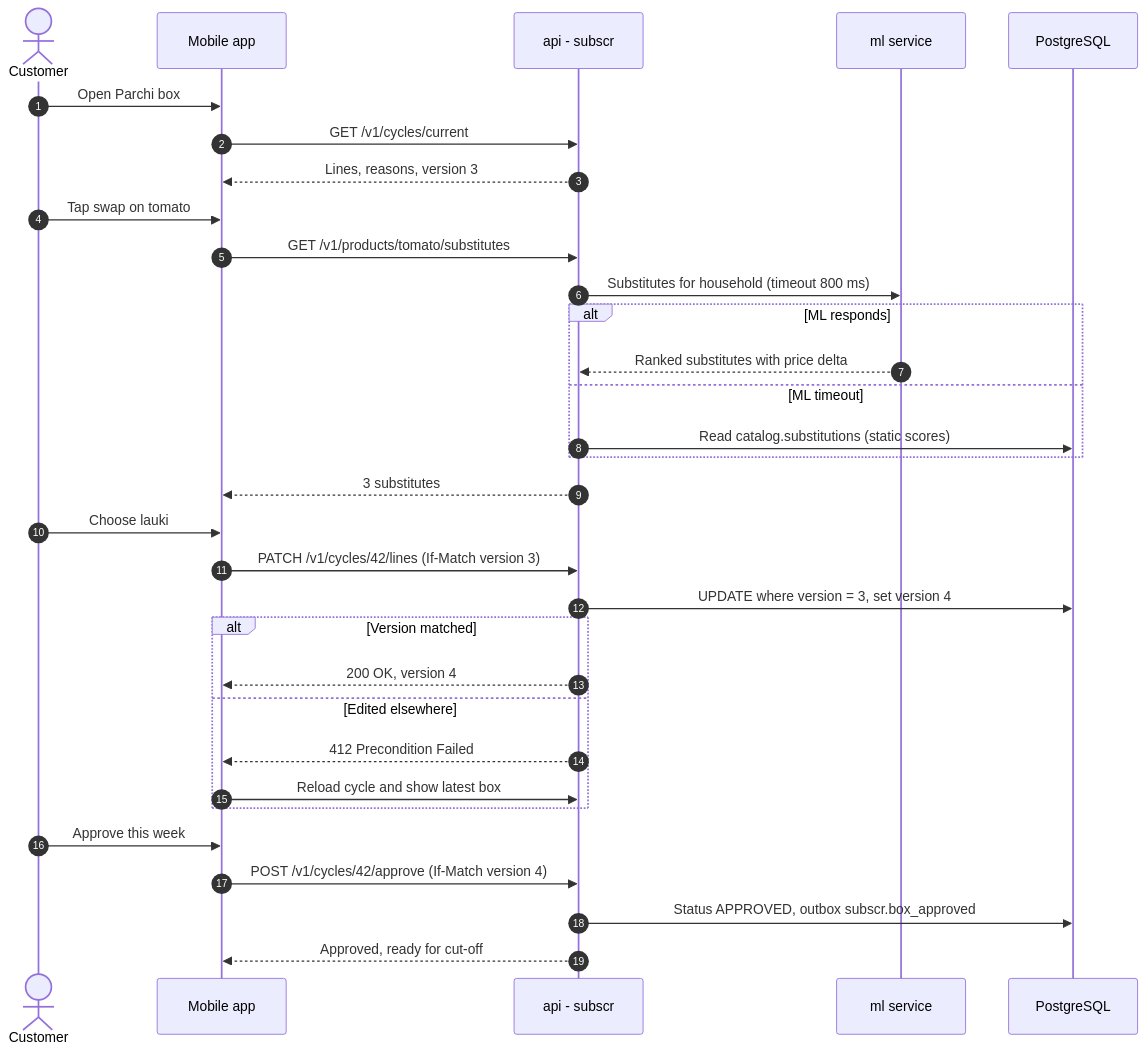
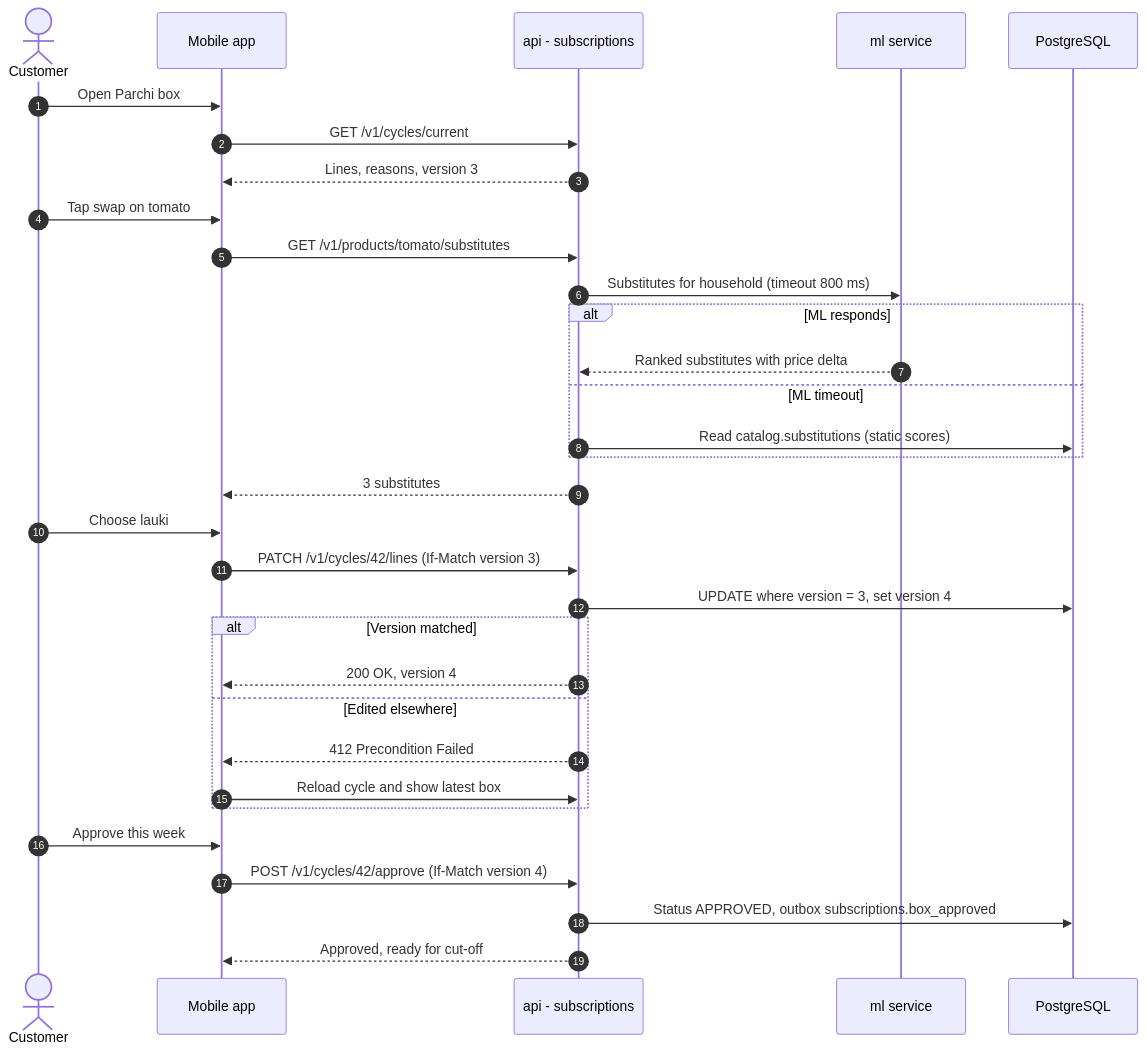
Before and after one commit to prelekar7/GharBasket: the fifth of 18 diagrams in docs/handbook/07-workflows.md, drawn with Mermaid. The commit also changed other lines of this file and 154 other files, not shown here.

````diff
--- a/docs/handbook/07-workflows.md
+++ b/docs/handbook/07-workflows.md
@@ -177,34 +177,34 @@
 ```mermaid
 sequenceDiagram
     autonumber
     actor C as Customer
     participant APP as Mobile app
-    participant API as api - subscr
+    participant API as api - subscriptions
     participant ML as ml service
     participant DB as PostgreSQL
     C->>APP: Open Parchi box
     APP->>API: GET /v1/cycles/current
     API-->>APP: Lines, reasons, version 3
     C->>APP: Tap swap on tomato
     APP->>API: GET /v1/products/tomato/substitutes
     API->>ML: Substitutes for household (timeout 800 ms)
     alt ML responds
         ML-->>API: Ranked substitutes with price delta
     else ML timeout
         API->>DB: Read catalog.substitutions (static scores)
     end
     API-->>APP: 3 substitutes
     C->>APP: Choose lauki
     APP->>API: PATCH /v1/cycles/42/lines (If-Match version 3)
     API->>DB: UPDATE where version = 3, set version 4
     alt Version matched
         API-->>APP: 200 OK, version 4
     else Edited elsewhere
         API-->>APP: 412 Precondition Failed
         APP->>API: Reload cycle and show latest box
     end
     C->>APP: Approve this week
     APP->>API: POST /v1/cycles/42/approve (If-Match version 4)
-    API->>DB: Status APPROVED, outbox subscr.box_approved
+    API->>DB: Status APPROVED, outbox subscriptions.box_approved
     API-->>APP: Approved, ready for cut-off
 ```
````
